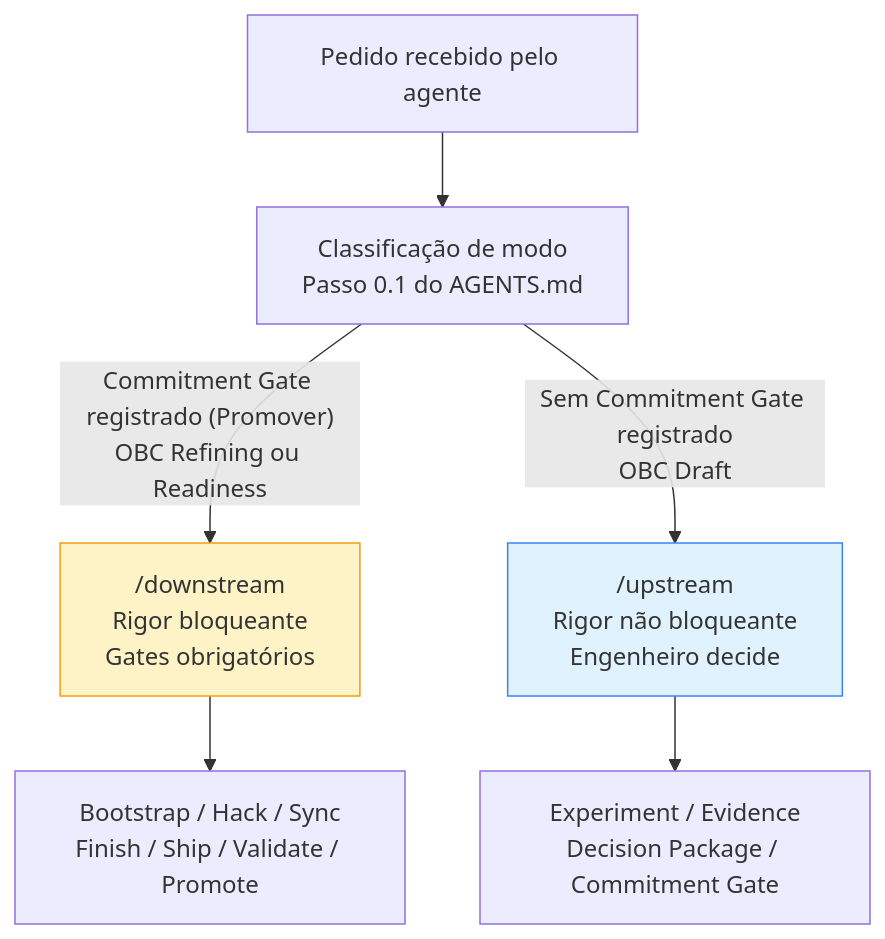
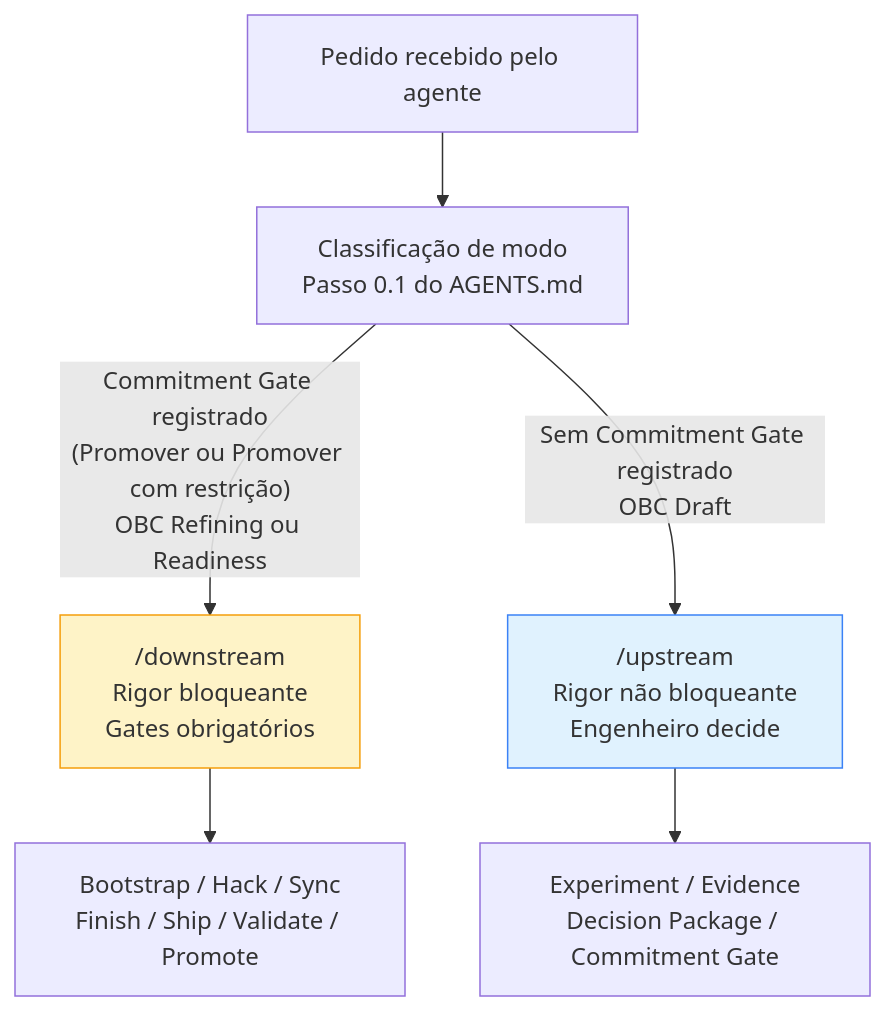
Before and after one commit to produtoreativo/from-intent-to-outcome: the diagram in capitulo-10.md, drawn with Mermaid. The commit also changed other lines of this file and 3 other files, not shown here.

First line of the commit message:
fix(ciclo-13): Promover com restrição reconhecido como entrada Downstream em todos os pontos canônicos

````diff
--- a/capitulo-10.md
+++ b/capitulo-10.md
@@ -67,11 +67,11 @@
 ```mermaid
 graph TD
     REQ["Pedido recebido pelo agente"] --> CLASS["Classificação de modo\nPasso 0.1 do AGENTS.md"]
-    CLASS -->|"Commitment Gate registrado (Promover)\nOBC Refining ou Readiness"| DS["/downstream\nRigor bloqueante\nGates obrigatórios"]
+    CLASS -->|"Commitment Gate registrado\n(Promover ou Promover com restrição)\nOBC Refining ou Readiness"| DS["/downstream\nRigor bloqueante\nGates obrigatórios"]
     CLASS -->|"Sem Commitment Gate registrado\nOBC Draft"| US["/upstream\nRigor não bloqueante\nEngenheiro decide"]
     DS --> SKILLS_DS["Bootstrap / Hack / Sync\nFinish / Ship / Validate / Promote"]
     US --> SKILLS_US["Experiment / Evidence\nDecision Package / Commitment Gate"]
 
     style DS fill:#FEF3C7,stroke:#F59E0B
     style US fill:#E0F2FE,stroke:#3B82F6
 ```
````
